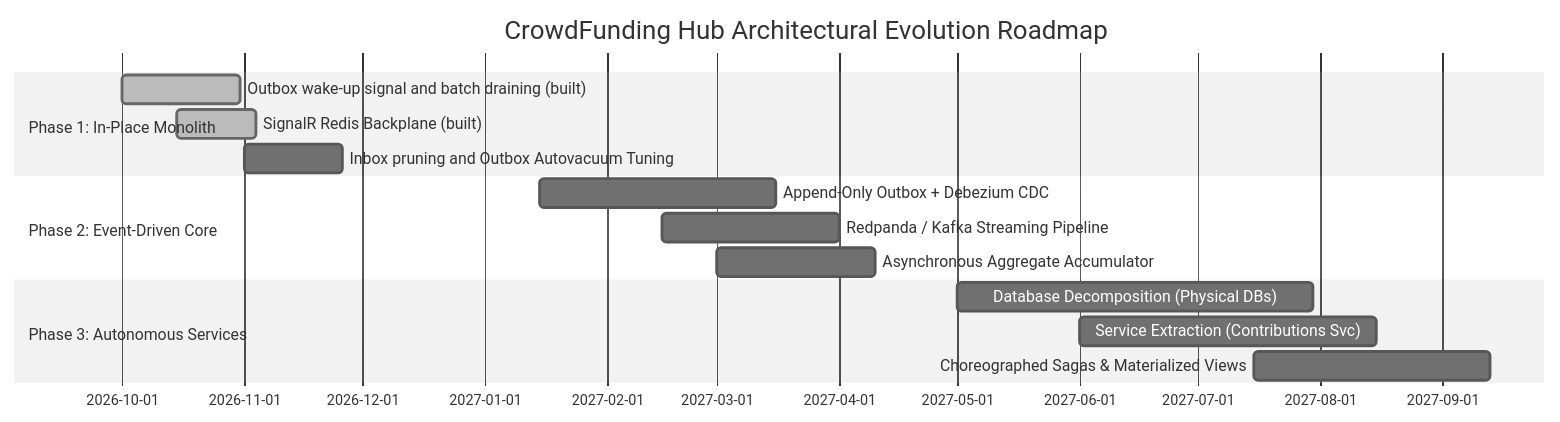
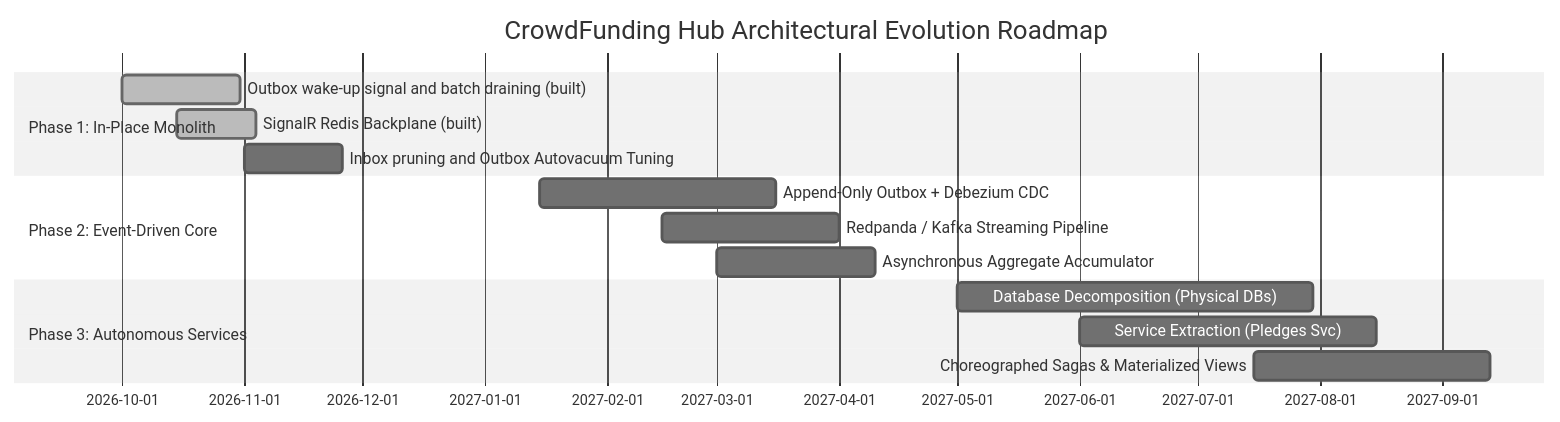
Diagram 11 of 14 in docs/TRADE_OFFS_AND_LIMITATIONS.md (maysamgamini/crowdfundinghub), drawn with Mermaid (neutral theme) before and after one commit. The commit also changed other lines of this file and 571 other files, not shown here.

````diff
--- a/docs/TRADE_OFFS_AND_LIMITATIONS.md
+++ b/docs/TRADE_OFFS_AND_LIMITATIONS.md
@@ -605,17 +605,17 @@
 ```mermaid
 gantt
     title CrowdFunding Hub Architectural Evolution Roadmap
     dateFormat  YYYY-MM-DD
     section Phase 1: In-Place Monolith
     Outbox wake-up signal and batch draining (built) :done, p1_1, 2026-10-01, 30d
     SignalR Redis Backplane (built)        :done, p1_2, 2026-10-15, 20d
     Inbox pruning and Outbox Autovacuum Tuning :p1_3, 2026-11-01, 25d
     section Phase 2: Event-Driven Core
     Append-Only Outbox + Debezium CDC     :p2_1, 2027-01-15, 60d
     Redpanda / Kafka Streaming Pipeline    :p2_2, 2027-02-15, 45d
     Asynchronous Aggregate Accumulator     :p2_3, 2027-03-01, 40d
     section Phase 3: Autonomous Services
     Database Decomposition (Physical DBs)  :p3_1, 2027-05-01, 90d
-    Service Extraction (Contributions Svc) :p3_2, 2027-06-01, 75d
+    Service Extraction (Pledges Svc) :p3_2, 2027-06-01, 75d
     Choreographed Sagas & Materialized Views:p3_3, 2027-07-15, 60d
 ```
````
